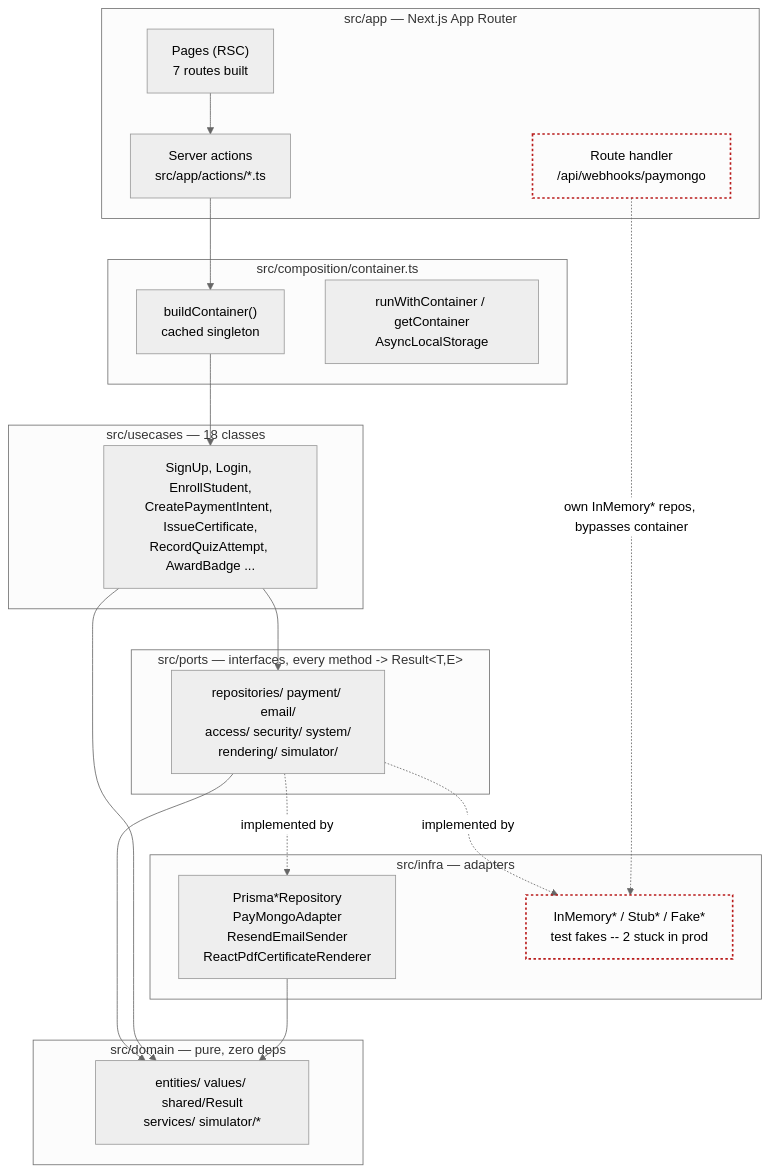
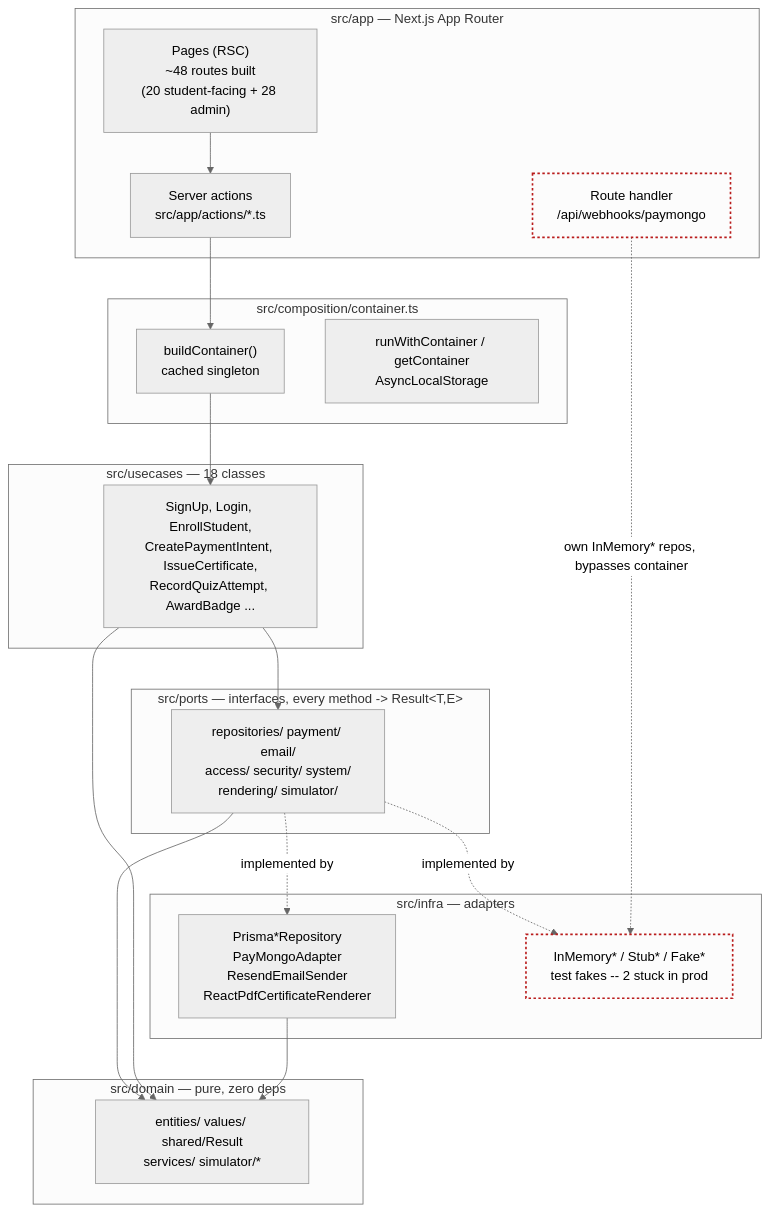
Before and after one commit to projectamazonph/amph-v2-greenfield: the diagram in docs/architecture/01-layer-wiring.md, drawn with Mermaid (neutral theme). The commit also changed other lines of this file and 54 other files, not shown here.

````diff
--- a/docs/architecture/01-layer-wiring.md
+++ b/docs/architecture/01-layer-wiring.md
@@ -5,40 +5,40 @@
 ```mermaid
 flowchart TB
   subgraph APP["src/app — Next.js App Router"]
-    PAGES["Pages (RSC)\n7 routes built"]
+    PAGES["Pages (RSC)\n~48 routes built\n(20 student-facing + 28 admin)"]
     ACTIONS["Server actions\nsrc/app/actions/*.ts"]
     WEBHOOK["Route handler\n/api/webhooks/paymongo"]
   end
 
   subgraph COMPOSITION["src/composition/container.ts"]
     BUILD["buildContainer()\ncached singleton"]
     SCOPE["runWithContainer / getContainer\nAsyncLocalStorage"]
   end
 
   subgraph USECASES["src/usecases — 18 classes"]
     UC["SignUp, Login, EnrollStudent,\nCreatePaymentIntent, IssueCertificate,\nRecordQuizAttempt, AwardBadge ..."]
   end
 
   subgraph PORTS["src/ports — interfaces, every method -> Result&lt;T,E&gt;"]
     PT["repositories/ payment/ email/\naccess/ security/ system/\nrendering/ simulator/"]
   end
 
   subgraph INFRA["src/infra — adapters"]
     REAL["Prisma*Repository\nPayMongoAdapter\nResendEmailSender\nReactPdfCertificateRenderer"]
     FAKE["InMemory* / Stub* / Fake*\ntest fakes -- 2 stuck in prod"]
   end
 
   subgraph DOMAIN["src/domain — pure, zero deps"]
     DM["entities/ values/ shared/Result\nservices/ simulator/*"]
   end
 
   PAGES --> ACTIONS --> BUILD --> UC
   UC --> PT --> DM
   UC --> DM
   PT -.implemented by.-> REAL --> DM
   PT -.implemented by.-> FAKE
   WEBHOOK -. own InMemory* repos, bypasses container .-> FAKE
 
   classDef gap stroke:#B91C1C,stroke-width:2px,fill:none,stroke-dasharray: 3 3;
   class WEBHOOK,FAKE gap
 ```
````
